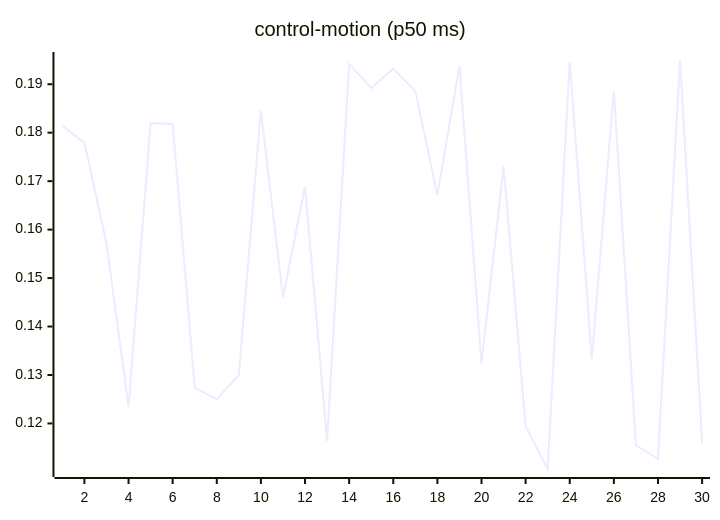
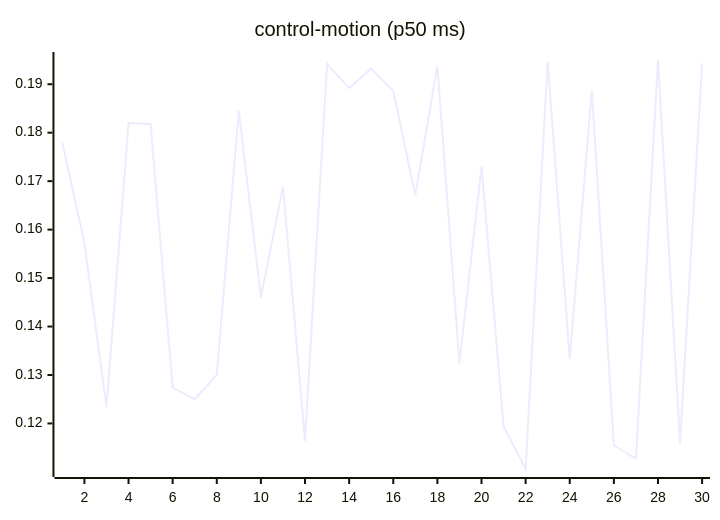
One commit to josha/Facet changed the seventh of 27 diagrams in README.md. Above: the diagram before and after it, drawn with Mermaid. The commit also changed other lines of this file and 2 other files, not shown here.

````diff
--- a/README.md
+++ b/README.md
@@ -105,6 +105,6 @@
 ```mermaid
 xychart-beta
     title "control-motion (p50 ms)"
     x-axis 1 --> 30
-    line [0.1815, 0.1779, 0.1572, 0.1234, 0.1820, 0.1818, 0.1274, 0.1250, 0.1300, 0.1845, 0.1460, 0.1689, 0.1164, 0.1942, 0.1892, 0.1932, 0.1886, 0.1671, 0.1938, 0.1324, 0.1730, 0.1194, 0.1106, 0.1948, 0.1333, 0.1887, 0.1155, 0.1127, 0.1950, 0.1160]
+    line [0.1779, 0.1572, 0.1234, 0.1820, 0.1818, 0.1274, 0.1250, 0.1300, 0.1845, 0.1460, 0.1689, 0.1164, 0.1942, 0.1892, 0.1932, 0.1886, 0.1671, 0.1938, 0.1324, 0.1730, 0.1194, 0.1106, 0.1948, 0.1333, 0.1887, 0.1155, 0.1127, 0.1950, 0.1160, 0.1943]
 ```
````
